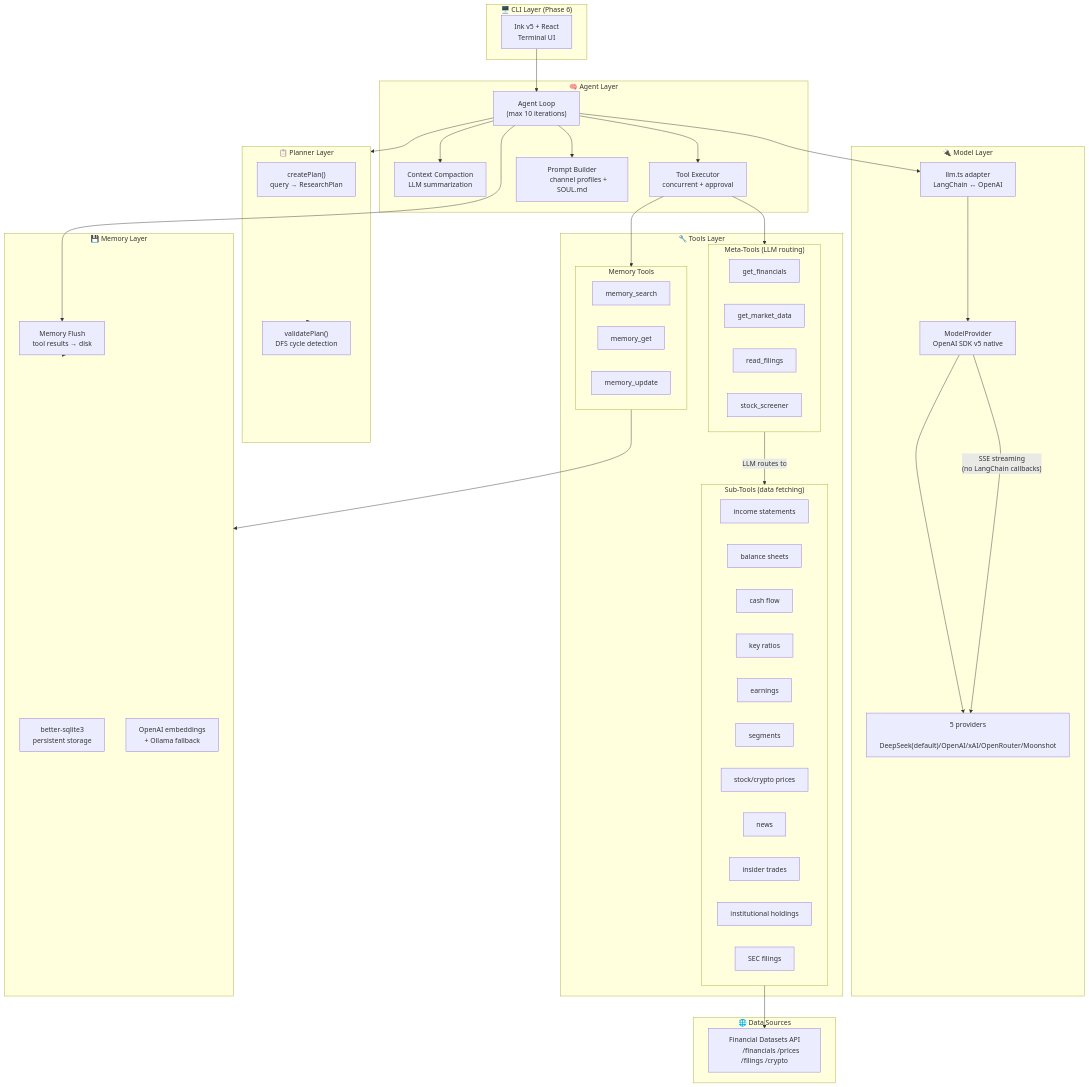
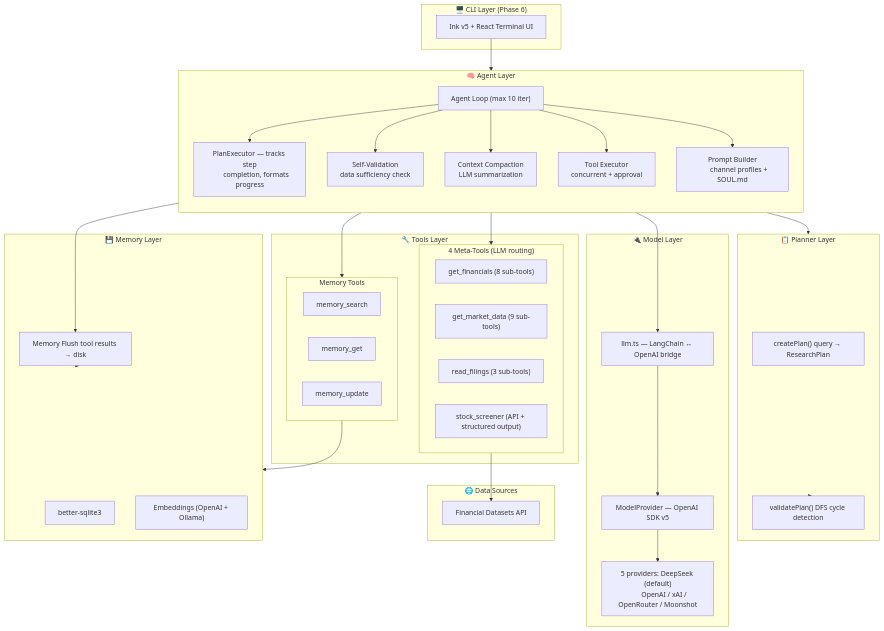
Before and after one commit to jayome7088-rgb/quant-agent: the first of 2 diagrams in README.md, drawn with Mermaid. The commit also changed other lines of this file, not shown here.

First line of the commit message:
docs: comprehensive README — architecture diagram, event system, CLI mockup, tools reference

````diff
--- a/README.md
+++ b/README.md
@@ -11,58 +11,44 @@
 ```mermaid
 graph TD
     subgraph CLI["🖥️ CLI Layer (Phase 6)"]
-        INK["Ink v5 + React
-        Terminal UI"]
+        INK["Ink v5 + React Terminal UI"]
     end
 
     subgraph AGENT["🧠 Agent Layer"]
-        LOOP["Agent Loop
-        (max 10 iterations)"]
+        direction TB
+        LOOP["Agent Loop (max 10 iter)"]
+        PLAN_EXEC["PlanExecutor — tracks step
+        completion, formats progress"]
         COMPACT["Context Compaction
         LLM summarization"]
         TOOL_EXEC["Tool Executor
         concurrent + approval"]
         PROMPTS["Prompt Builder
         channel profiles + SOUL.md"]
+        SELF_VAL["Self-Validation
+        data sufficiency check"]
     end
 
     subgraph PLANNER["📋 Planner Layer"]
-        PLAN["createPlan()
-        query → ResearchPlan"]
-        VALIDATE["validatePlan()
-        DFS cycle detection"]
+        PLAN["createPlan() query → ResearchPlan"]
+        VALIDATE["validatePlan() DFS cycle detection"]
     end
 
     subgraph MODEL["🔌 Model Layer"]
-        FACTORY["ModelProvider
-        OpenAI SDK v5 native"]
-        ADAPTER["llm.ts adapter
-        LangChain ↔ OpenAI"]
-        PROVIDERS["5 providers
-        DeepSeek(default)/OpenAI/xAI/OpenRouter/Moonshot"]
+        FACTORY["ModelProvider — OpenAI SDK v5"]
+        ADAPTER["llm.ts — LangChain ↔ OpenAI bridge"]
+        PROVIDERS["5 providers: DeepSeek (default)
+        OpenAI / xAI / OpenRouter / Moonshot"]
     end
 
     subgraph TOOLS["🔧 Tools Layer"]
-        subgraph META["Meta-Tools (LLM routing)"]
-            GF["get_financials"]
-            GMD["get_market_data"]
-            RF["read_filings"]
-            SS["stock_screener"]
+        subgraph META["4 Meta-Tools (LLM routing)"]
+            GF["get_financials (8 sub-tools)"]
+            GMD["get_market_data (9 sub-tools)"]
+            RF["read_filings (3 sub-tools)"]
+            SS["stock_screener (API + structured output)"]
         end
-        subgraph SUB["Sub-Tools (data fetching)"]
-            INC["income statements"]
-            BS["balance sheets"]
-            CF["cash flow"]
-            KR["key ratios"]
-            EARN["earnings"]
-            SEG["segments"]
-            PRICE["stock/crypto prices"]
-            NEWS["news"]
-            INSIDER["insider trades"]
-            HOLDINGS["institutional holdings"]
-            FILINGS["SEC filings"]
-        end
-        subgraph MEM["Memory Tools"]
+        subgraph MEM_T["Memory Tools"]
             MSEARCH["memory_search"]
             MGET["memory_get"]
             MUPDATE["memory_update"]
@@ -70,40 +56,30 @@
     end
 
     subgraph API["🌐 Data Sources"]
-        FD["Financial Datasets API
-        /financials /prices /filings /crypto"]
+        FD["Financial Datasets API"]
     end
 
     subgraph MEMORY["💾 Memory Layer"]
-        SQLITE["better-sqlite3
-        persistent storage"]
-        EMBED["OpenAI embeddings
-        + Ollama fallback"]
-        FLUSH["Memory Flush
-        tool results → disk"]
+        SQLITE["better-sqlite3"]
+        EMBED["Embeddings (OpenAI + Ollama)"]
+        FLUSH["Memory Flush tool results → disk"]
     end
 
     INK --> LOOP
+    LOOP --> PLAN_EXEC
+    PLAN_EXEC --> PLANNER
+    PLANNER --> VALIDATE
+    LOOP --> SELF_VAL
     LOOP --> COMPACT
     LOOP --> TOOL_EXEC
     LOOP --> PROMPTS
-    LOOP --> PLANNER
-
-    PLANNER --> VALIDATE
-
     LOOP --> ADAPTER
     ADAPTER --> FACTORY
     FACTORY --> PROVIDERS
-    FACTORY -->|"SSE streaming
-    (no LangChain callbacks)"| PROVIDERS
-
     TOOL_EXEC --> META
-    META -->|"LLM routes to"| SUB
-    SUB --> FD
-
-    TOOL_EXEC --> MEM
-    MEM --> MEMORY
-
+    META --> FD
+    TOOL_EXEC --> MEM_T
+    MEM_T --> MEMORY
     LOOP --> FLUSH
     FLUSH --> MEMORY
 ```
````
